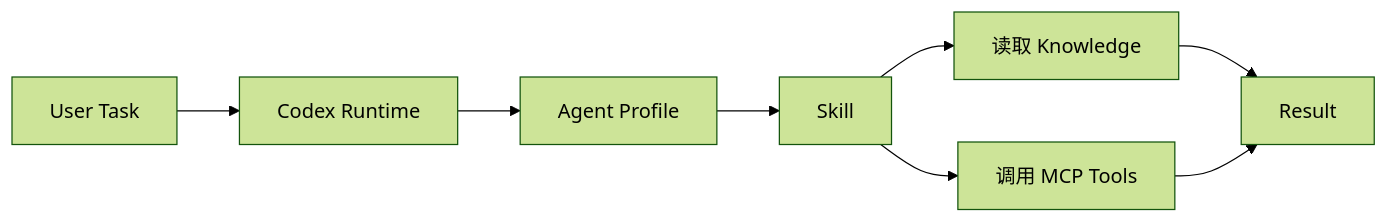
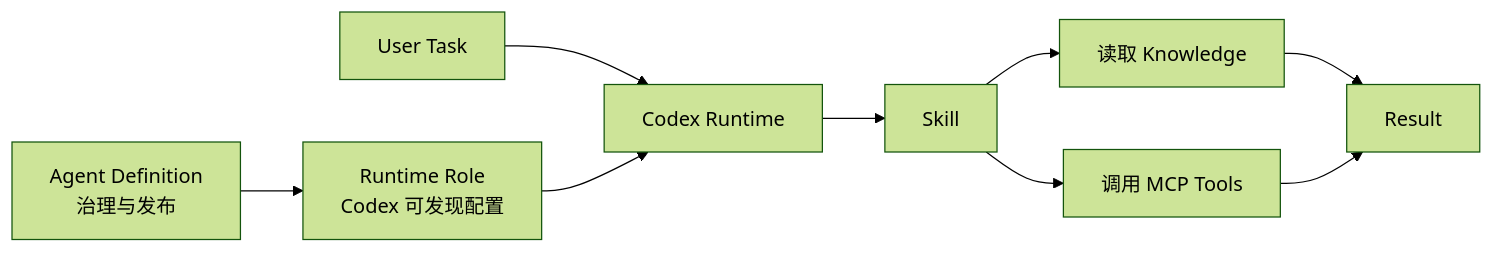
The first of 8 diagrams in docs/domain-agent-extension-architecture.md (JO-WTF/open-web-codex), drawn with Mermaid (forest theme) before and after one commit. The commit also changed other lines of this file and 18 other files, not shown here.

````diff
--- a/docs/domain-agent-extension-architecture.md
+++ b/docs/domain-agent-extension-architecture.md
@@ -40,10 +49,11 @@
 ```mermaid
 flowchart LR
-    A[User Task] --> B[Codex Runtime]
-    B --> C[Agent Profile]
-    C --> D[Skill]
-    D --> E[读取 Knowledge]
-    D --> F[调用 MCP Tools]
-    E --> G[Result]
-    F --> G
+    A["Agent Definition<br/>治理与发布"] --> B["Runtime Role<br/>Codex 可发现配置"]
+    C[User Task] --> D[Codex Runtime]
+    B --> D
+    D --> E[Skill]
+    E --> F[读取 Knowledge]
+    E --> G[调用 MCP Tools]
+    F --> H[Result]
+    G --> H
 ```
````
